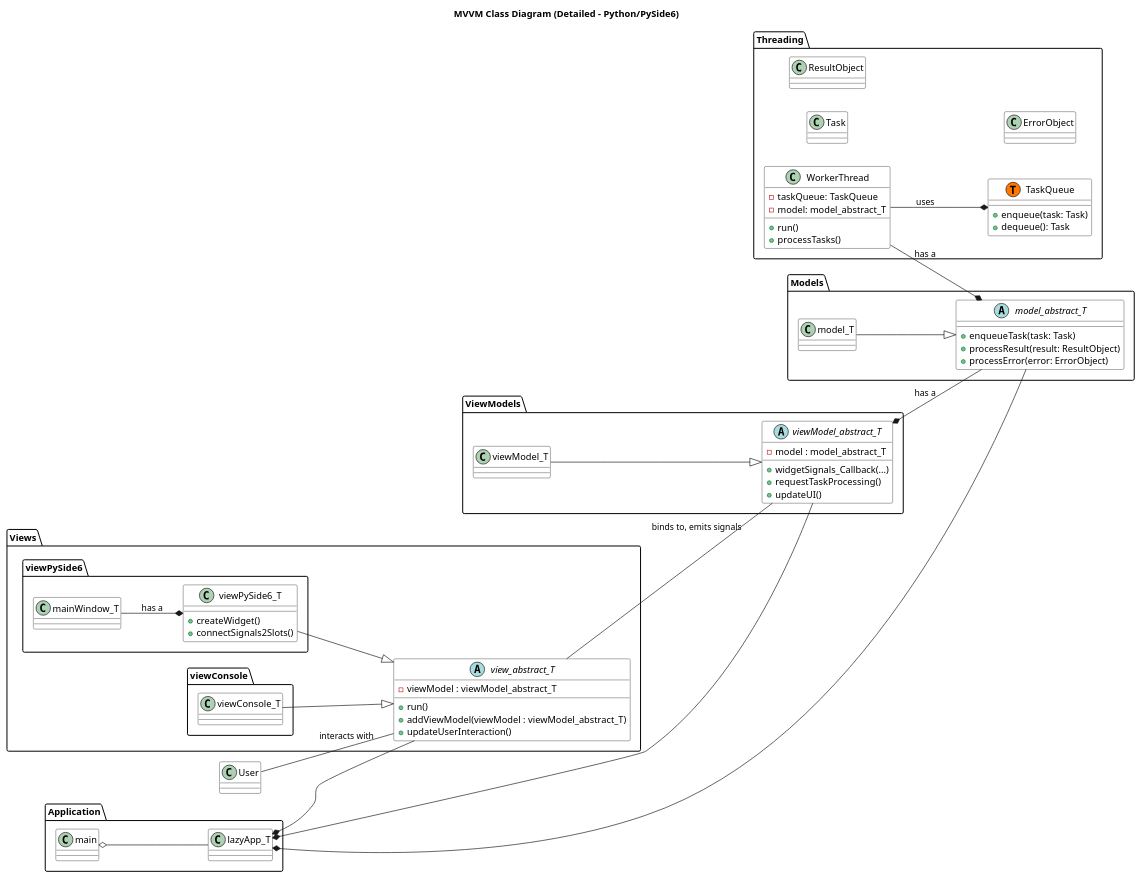
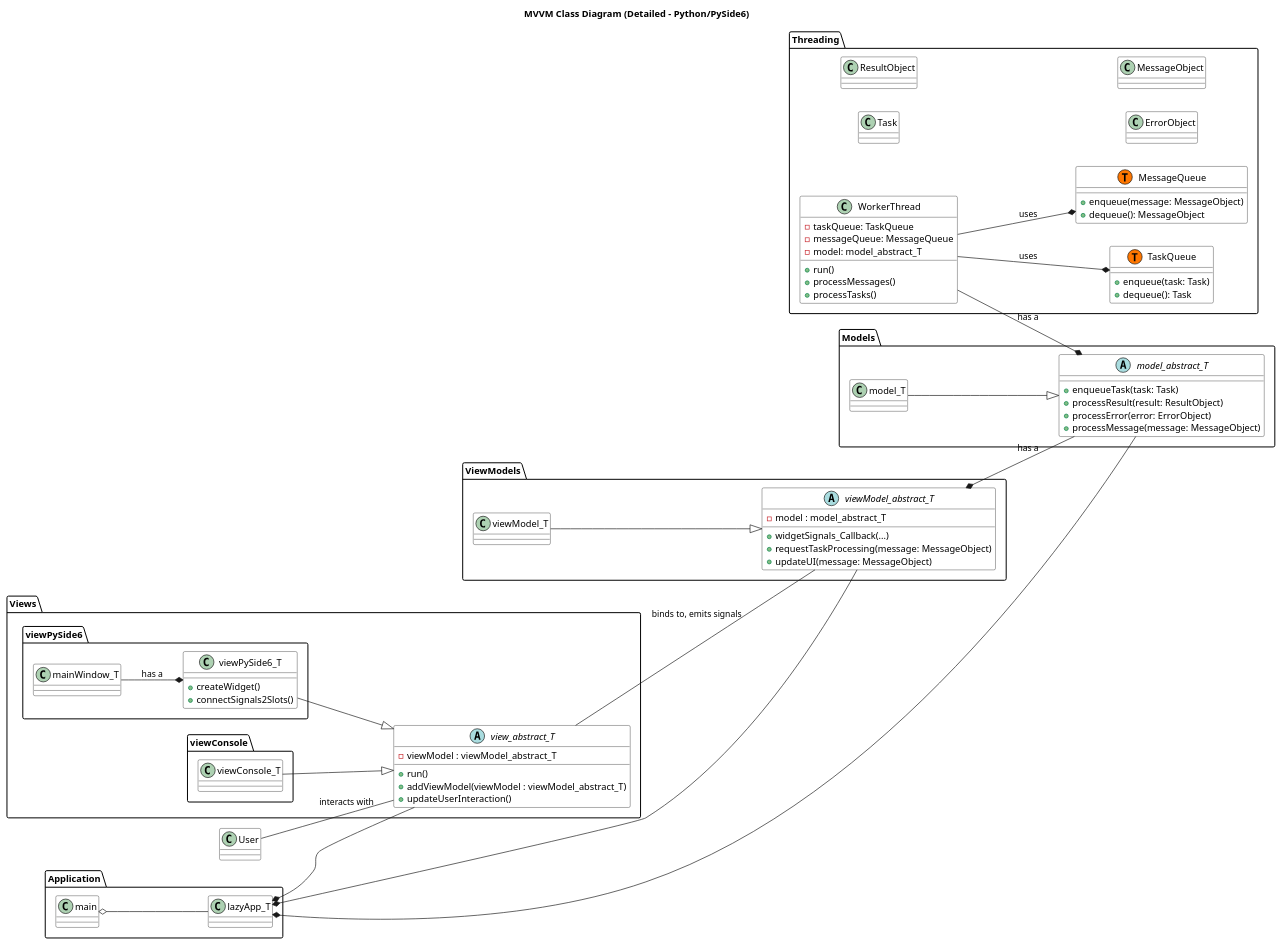
One commit to anhembedded/RsLazyApp changed the diagram in design/uml/classGeneralDetail.plantuml. Above: the diagram before and after it, drawn with PlantUML. The commit also changed 3 other files, not shown here.

```diff
--- a/design/uml/classGeneralDetail.plantuml
+++ b/design/uml/classGeneralDetail.plantuml
@@ -1,108 +1,119 @@
 @startuml
 title **MVVM Class Diagram (Detailed - Python/PySide6)**
 
 left to right direction
 
 class User {
 }
 
 package "Views" {
     abstract view_abstract_T {
         - viewModel : viewModel_abstract_T
         + run()
         + addViewModel(viewModel : viewModel_abstract_T)
         + updateUserInteraction()
     }
 
     package "viewPySide6" {
         class viewPySide6_T {
             +createWidget()
             +connectSignals2Slots()
         }
         class mainWindow_T
     }
 
     package "viewConsole" {
         class viewConsole_T
     }
 
     viewPySide6_T --|> view_abstract_T
     viewConsole_T --|> view_abstract_T
     mainWindow_T --* viewPySide6_T : has a
 }
 
 package "ViewModels" {
     abstract viewModel_abstract_T{
         - model : model_abstract_T
         + widgetSignals_Callback(...)
-        + requestTaskProcessing()
-        + updateUI()
+        + requestTaskProcessing(message: MessageObject)
+        + updateUI(message: MessageObject)
     }
     class viewModel_T
     viewModel_T --|> viewModel_abstract_T
 }
 
 package "Models" {
     abstract model_abstract_T {
       + enqueueTask(task: Task)
       + processResult(result: ResultObject)
       + processError(error: ErrorObject)
+      + processMessage(message: MessageObject)
     }
     class model_T
     model_T --|> model_abstract_T
 }
 
 package "Application" {
     class lazyApp_T
     class main
     lazyApp_T *-- view_abstract_T
     lazyApp_T *-- viewModel_abstract_T
     lazyApp_T *-- model_abstract_T
     main o-- lazyApp_T
 }
 
 package "Threading" {
   class Task {
 
   }
   class ResultObject {
-    
+
   }
   class ErrorObject {
-  
+
+  }
+  class MessageObject {
+
   }
   class TaskQueue << (T,#FF7700) >> {
     + enqueue(task: Task)
     + dequeue(): Task
   }
-  class WorkerThread { 
+  class MessageQueue << (T,#FF7700) >> {
+    + enqueue(message: MessageObject)
+    + dequeue(): MessageObject
+  }
+  class WorkerThread {
     - taskQueue: TaskQueue
+    - messageQueue: MessageQueue
     - model: model_abstract_T
     + run()
-    + processTasks() 
+    + processMessages()
+    + processTasks()
   }
   WorkerThread --* model_abstract_T : has a
   WorkerThread --* TaskQueue : uses
+  WorkerThread --* MessageQueue : uses
 }
 
 
 
 User -- view_abstract_T : interacts with
 view_abstract_T -- viewModel_abstract_T : binds to, emits signals
 viewModel_abstract_T *-- model_abstract_T : has a
 
 skinparam class {
     BackgroundColor White
     BorderColor Black
 }
 skinparam abstract{
     BackgroundColor LightGray
     BorderColor Black
     FontStyle italic
 }
 skinparam queue {
   BackGroundColor lightyellow
   BorderColor orange
 }
 
 @enduml
```
